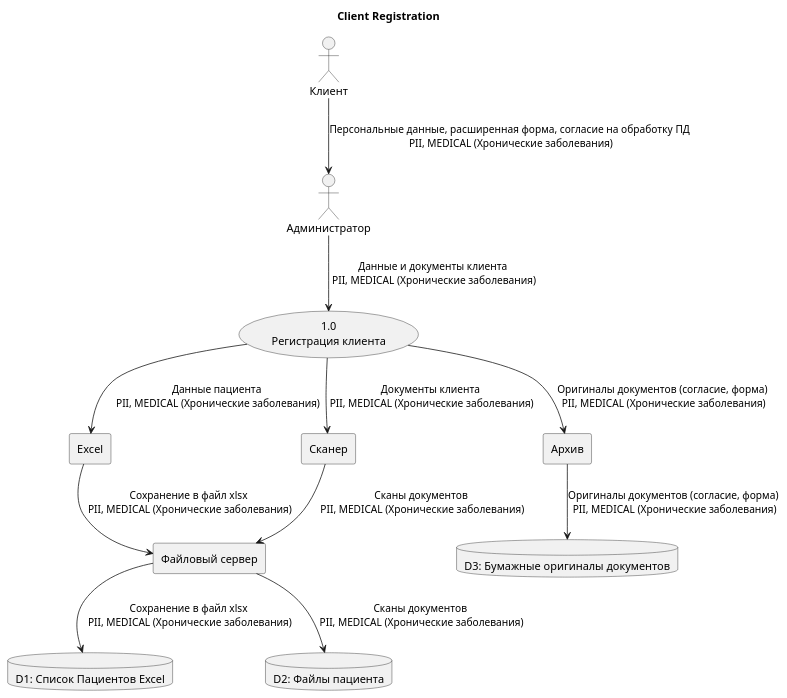
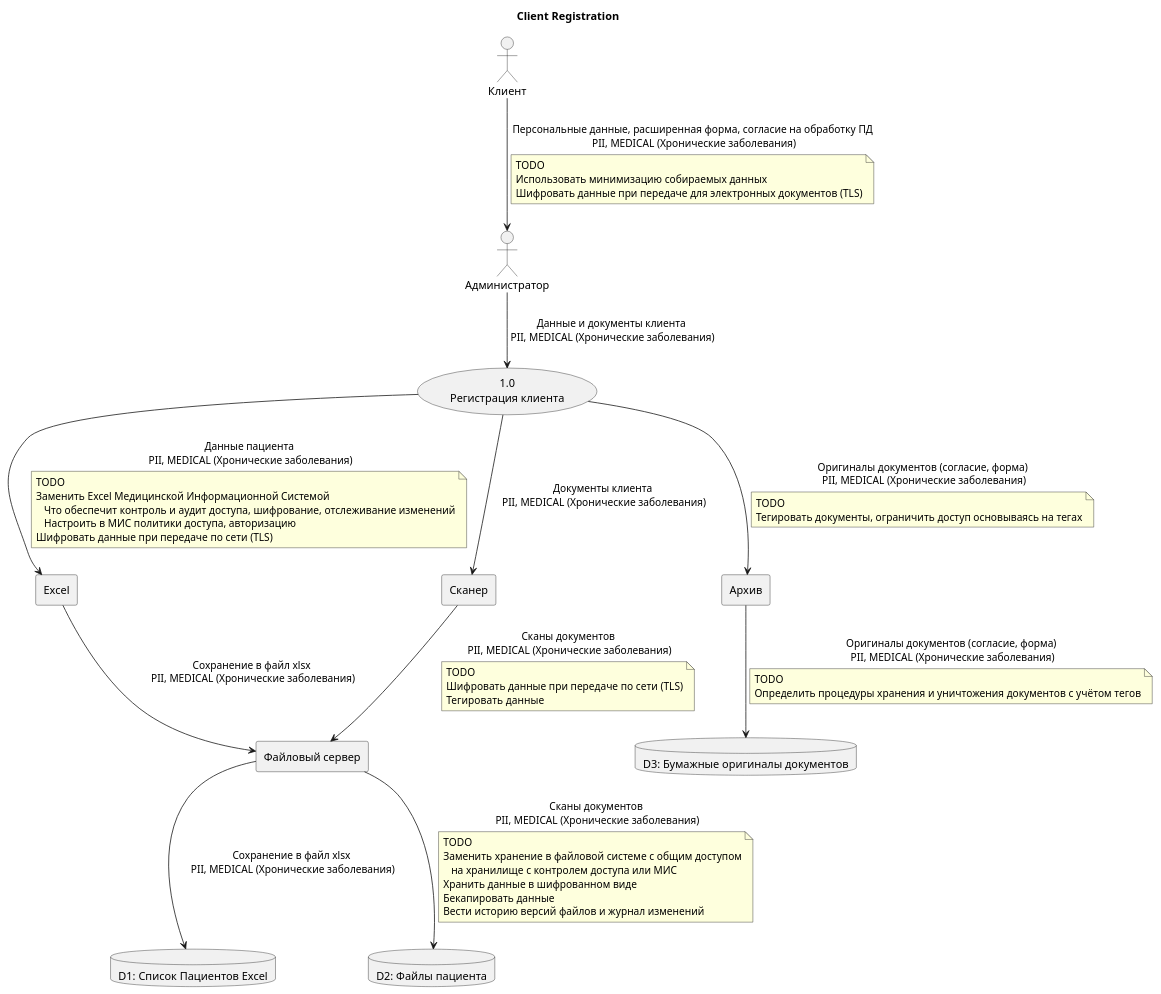
Before and after one commit to oleg088097/architecture-medikamente: the diagram in task1/diagrams/client-registration.puml, drawn with PlantUML. The commit also changed 6 other files, not shown here.

```diff
--- a/task1/diagrams/client-registration.puml
+++ b/task1/diagrams/client-registration.puml
@@ -1,32 +1,65 @@
 @startuml
 title Client Registration
 
 actor Администратор
 actor Клиент
 
 (1.0\nРегистрация клиента) as RegisterProc
 
 rectangle Excel
 rectangle Сканер
 rectangle "Файловый сервер" as fileServer
 rectangle Архив
 
 database "D1: Список Пациентов Excel" as xlsx
 database "D2: Файлы пациента" as patientFiles
 database "D3: Бумажные оригиналы документов" as patientDocs
 
 Клиент --> Администратор : Персональные данные, расширенная форма, согласие на обработку ПД\n PII, MEDICAL (Хронические заболевания)
+note on link
+ TODO
+ Использовать минимизацию собираемых данных
+ Шифровать данные при передаче для электронных документов (TLS)
+end note
 Администратор --> RegisterProc : Данные и документы клиента\n PII, MEDICAL (Хронические заболевания)
 
 RegisterProc --> Сканер : Документы клиента\n PII, MEDICAL (Хронические заболевания)
 Сканер --> fileServer : Сканы документов\n PII, MEDICAL (Хронические заболевания)
+note on link
+ TODO
+ Шифровать данные при передаче по сети (TLS)
+ Тегировать данные
+end note
 fileServer --> patientFiles : Сканы документов\n PII, MEDICAL (Хронические заболевания)
+note on link
+ TODO
+ Заменить хранение в файловой системе с общим доступом
+    на хранилище с контролем доступа или МИС
+ Хранить данные в шифрованном виде
+ Бекапировать данные
+ Вести историю версий файлов и журнал изменений
+end note
 
 RegisterProc --> Excel : Данные пациента\n PII, MEDICAL (Хронические заболевания)
+note on link
+ TODO
+ Заменить Excel Медицинской Информационной Системой
+    Что обеспечит контроль и аудит доступа, шифрование, отслеживание изменений
+    Настроить в МИС политики доступа, авторизацию
+ Шифровать данные при передаче по сети (TLS)
+end note
 Excel --> fileServer : Сохранение в файл xlsx\n PII, MEDICAL (Хронические заболевания)
 fileServer --> xlsx : Сохранение в файл xlsx\n PII, MEDICAL (Хронические заболевания)
 
 RegisterProc --> Архив : Оригиналы документов (согласие, форма)\n PII, MEDICAL (Хронические заболевания)
+note on link
+ TODO
+ Тегировать документы, ограничить доступ основываясь на тегах
+end note
 Архив --> patientDocs : Оригиналы документов (согласие, форма)\n PII, MEDICAL (Хронические заболевания)
+note on link
+ TODO
+ Определить процедуры хранения и уничтожения документов с учётом тегов
+end note
 
 @enduml
```
